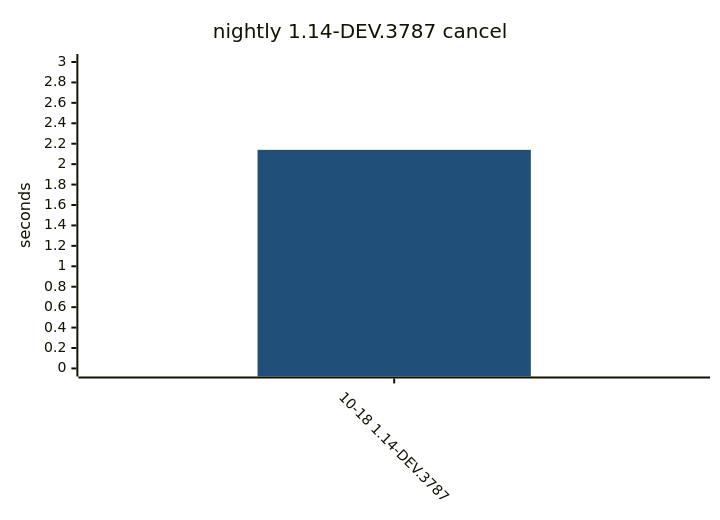
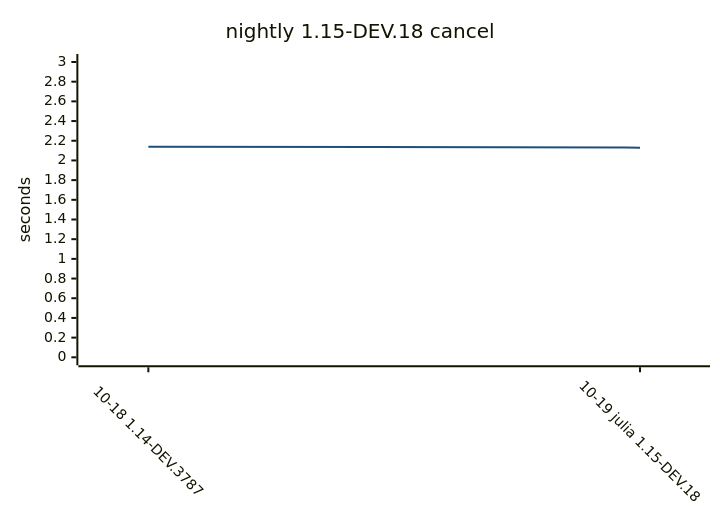
Before and after one commit to yamanori99/DistSSHQueue.jl: diagram 15 of 15 in README.md, drawn with Mermaid. The commit also changed other lines of this file and 1 other file, not shown here.

Commit message:
Record compile bench for nightly.

````diff
--- a/README.md
+++ b/README.md
@@ -512,17 +516,17 @@
 ```mermaid
 ---
 config:
   theme: base
   themeVariables:
     xyChart:
       plotColorPalette: "#1f4e79"
   xyChart:
     xAxis:
       labelRotation: 45
 ---
 xychart-beta
-    title "nightly 1.14-DEV.3787 cancel"
-    x-axis ["10-18 1.14-DEV.3787"]
+    title "nightly 1.15-DEV.18 cancel"
+    x-axis ["10-18 1.14-DEV.3787", "10-19 julia 1.15-DEV.18"]
     y-axis "seconds" 0 --> 3
-    bar [2.14]
+    line [2.14, 2.13]
 ```
````
